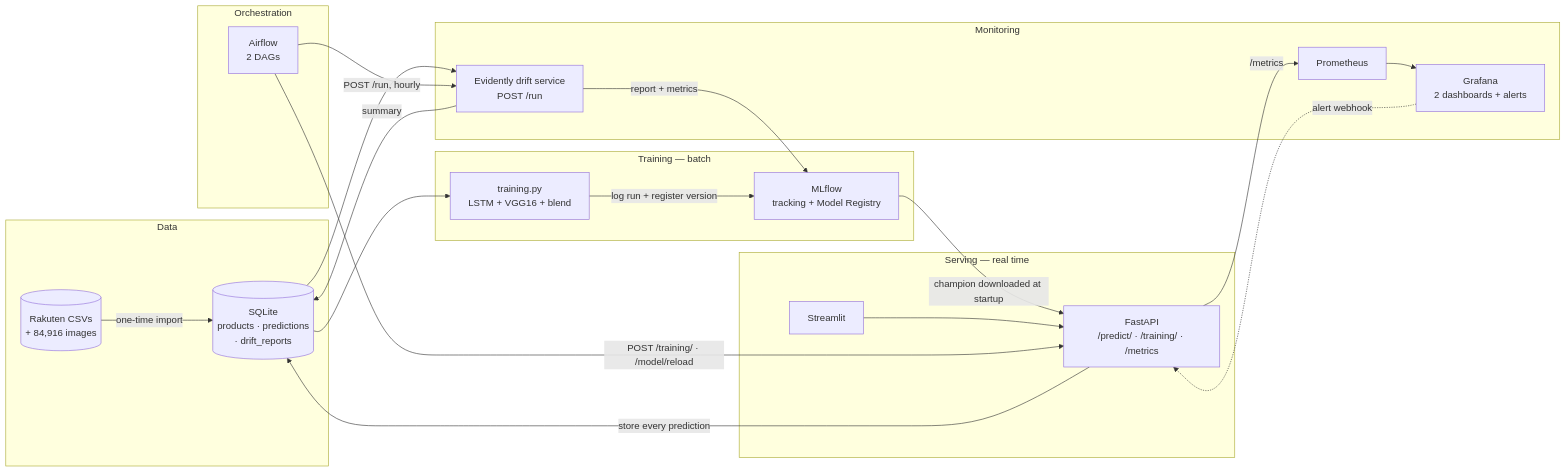
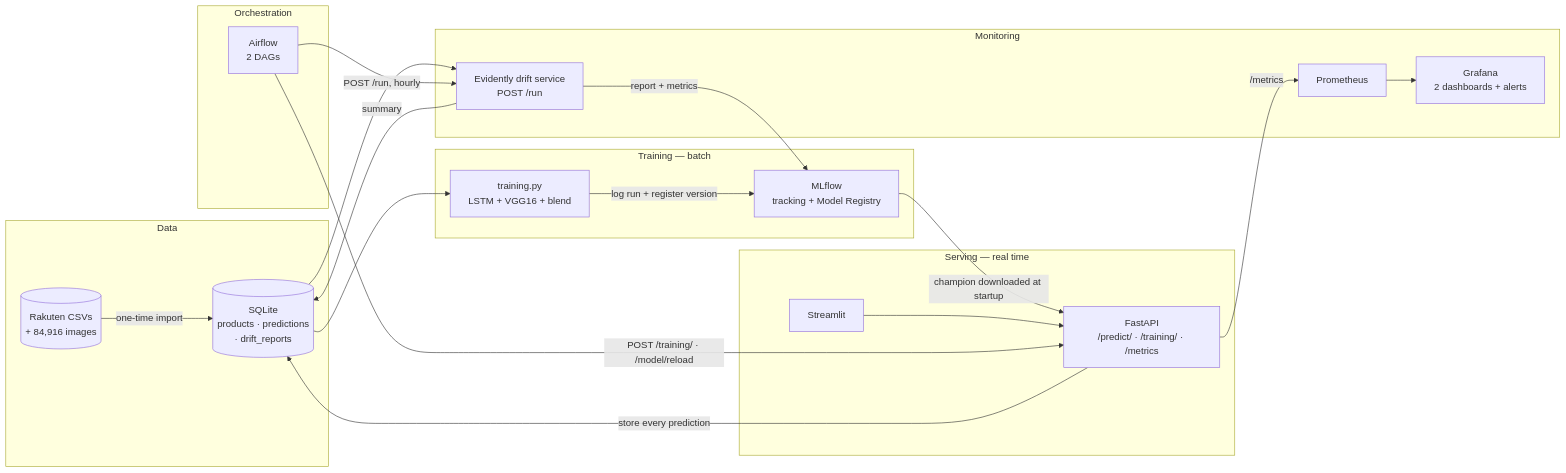
Before and after one commit to SrToshi/Template_MLOps_classification_e-commerce: the first of 2 diagrams in README.md, drawn with Mermaid. The commit also changed other lines of this file and 5 other files, not shown here.

````diff
--- a/README.md
+++ b/README.md
@@ -30,42 +30,41 @@
 ```mermaid
 flowchart LR
     subgraph data[" Data "]
         CSV[("Rakuten CSVs<br/>+ 84,916 images")]
         DB[("SQLite<br/>products · predictions<br/>· drift_reports")]
     end
 
     subgraph train[" Training — batch "]
         TRAIN["training.py<br/>LSTM + VGG16 + blend"]
         MLF["MLflow<br/>tracking + Model Registry"]
     end
 
     subgraph serve[" Serving — real time "]
         API["FastAPI<br/>/predict/ · /training/ · /metrics"]
         UI["Streamlit"]
     end
 
     subgraph monitor[" Monitoring "]
         DRIFT["Evidently drift service<br/>POST /run"]
         PROM["Prometheus"]
         GRAF["Grafana<br/>2 dashboards + alerts"]
     end
 
     subgraph orch[" Orchestration "]
         AF["Airflow<br/>2 DAGs"]
     end
 
     CSV -->|one-time import| DB
     DB --> TRAIN
     TRAIN -->|log run + register version| MLF
     MLF -->|champion downloaded at startup| API
     UI --> API
     API -->|store every prediction| DB
     DB --> DRIFT
     DRIFT -->|report + metrics| MLF
     DRIFT -->|summary| DB
     API -->|/metrics| PROM
     PROM --> GRAF
-    GRAF -.->|alert webhook| API
     AF -->|POST /run, hourly| DRIFT
     AF -->|POST /training/ · /model/reload| API
 ```
````
